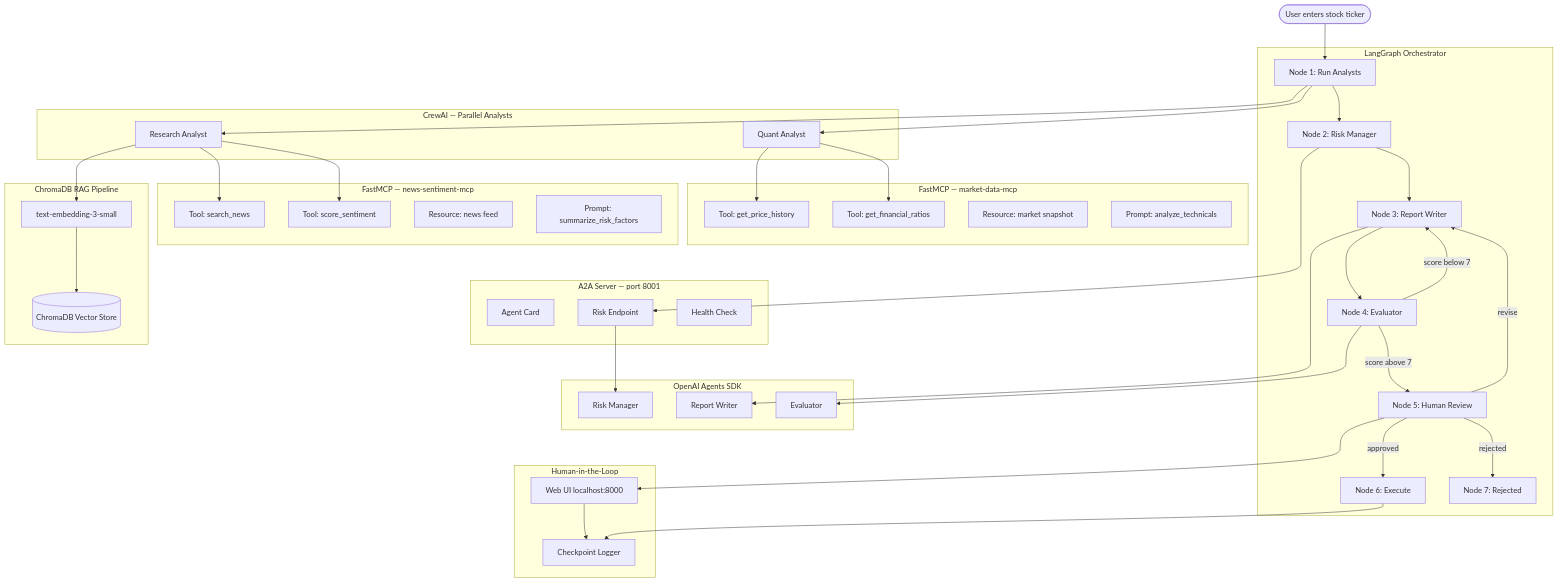
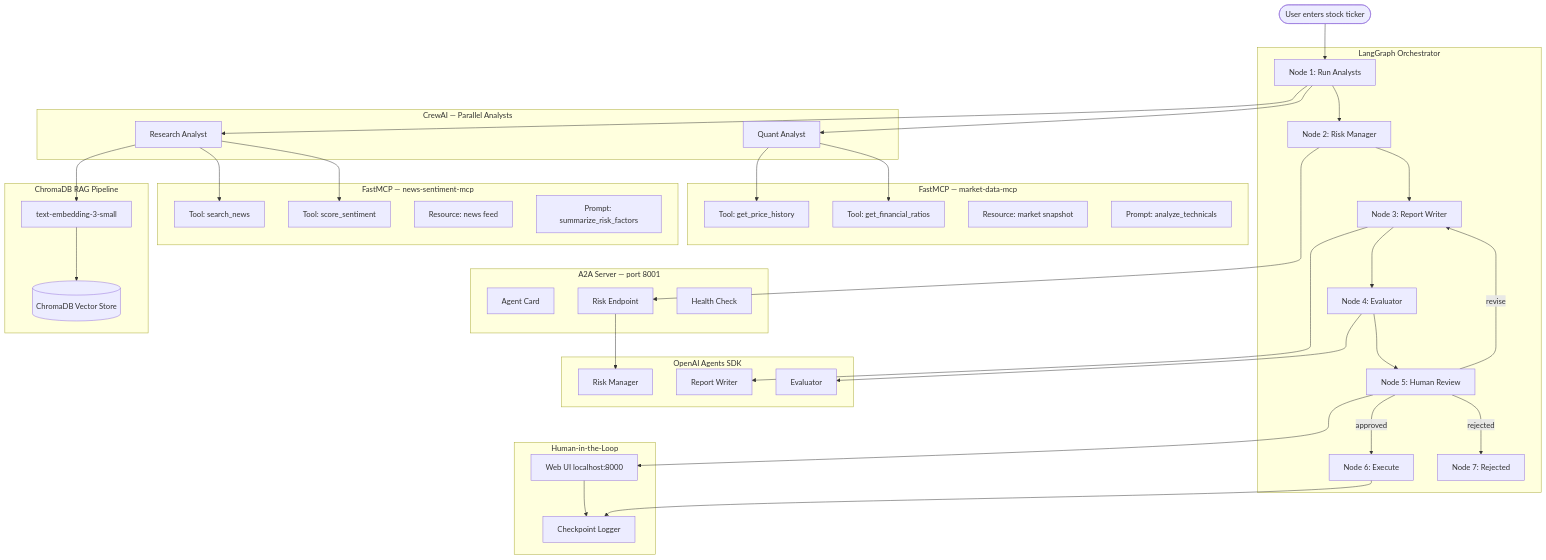
The diagram in ARCHITECTURE.md (XhoanaPole/tradeiq-multi-agent-investment-system), drawn with Mermaid before and after one commit.

Commit message:
Fix architecture diagram - remove stale retry loop, evaluator always routes to human review

````diff
--- a/ARCHITECTURE.md
+++ b/ARCHITECTURE.md
@@ -5,72 +5,71 @@
 ```mermaid
 flowchart TD
     User([User enters stock ticker]) --> N1
 
     subgraph LG["LangGraph Orchestrator"]
         N1[Node 1: Run Analysts] --> N2[Node 2: Risk Manager]
         N2 --> N3[Node 3: Report Writer]
         N3 --> N4[Node 4: Evaluator]
-        N4 -->|score below 7| N3
-        N4 -->|score above 7| N5[Node 5: Human Review]
+        N4 --> N5[Node 5: Human Review]
         N5 -->|approved| N6[Node 6: Execute]
         N5 -->|rejected| N7[Node 7: Rejected]
         N5 -->|revise| N3
     end
 
     subgraph CREW["CrewAI — Parallel Analysts"]
         RA[Research Analyst]
         QA[Quant Analyst]
     end
 
     subgraph OAI["OpenAI Agents SDK"]
         RM[Risk Manager]
         RW[Report Writer]
         EV[Evaluator]
     end
 
     subgraph A2A["A2A Server — port 8001"]
         AC[Agent Card]
         AE[Risk Endpoint]
         AH[Health Check]
     end
 
     subgraph MCP1["FastMCP — market-data-mcp"]
         T1[Tool: get_price_history]
         T2[Tool: get_financial_ratios]
         R1[Resource: market snapshot]
         P1[Prompt: analyze_technicals]
     end
 
     subgraph MCP2["FastMCP — news-sentiment-mcp"]
         T3[Tool: search_news]
         T4[Tool: score_sentiment]
         R2[Resource: news feed]
         P2[Prompt: summarize_risk_factors]
     end
 
     subgraph RAG["ChromaDB RAG Pipeline"]
         EMB[text-embedding-3-small]
         VDB[(ChromaDB Vector Store)]
     end
 
     subgraph HITL["Human-in-the-Loop"]
         UI[Web UI localhost:8000]
         CP[Checkpoint Logger]
     end
 
     N1 --> RA
     N1 --> QA
     RA --> T3
     RA --> T4
     RA --> EMB
     EMB --> VDB
     QA --> T1
     QA --> T2
     N2 --> AE
     AE --> RM
     N3 --> RW
     N4 --> EV
     N5 --> UI
     UI --> CP
     N6 --> CP
 ```
````
